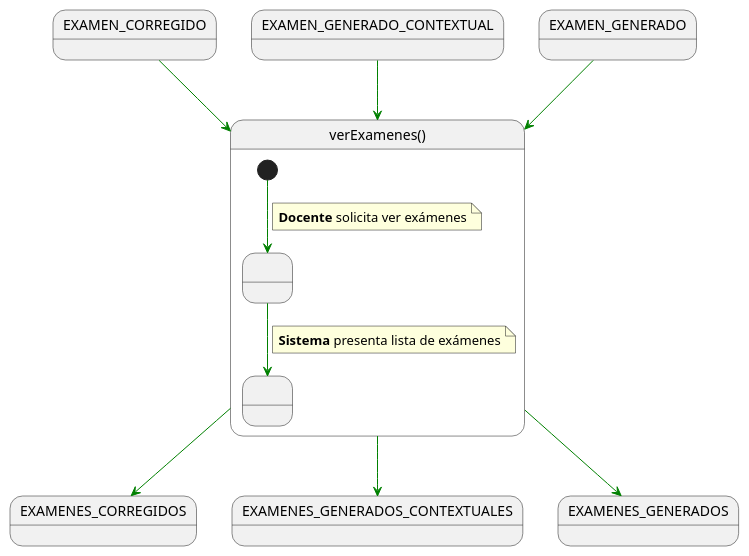
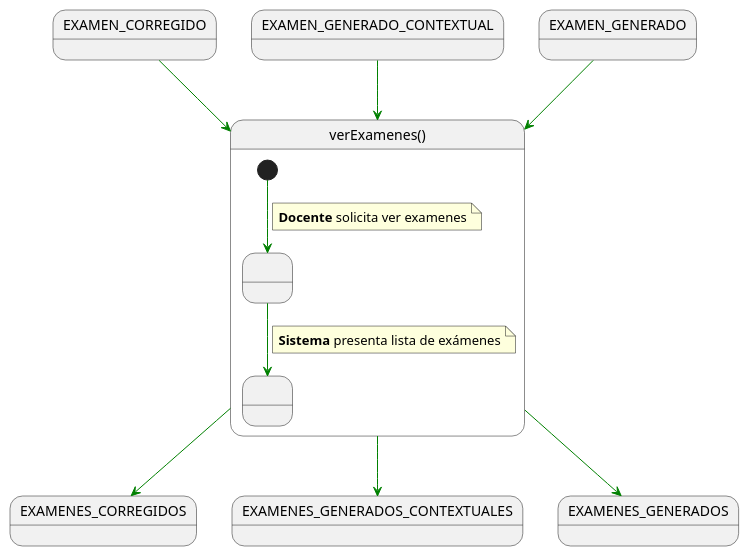
Before and after one commit to martinlopez7/25-26-IdSw1-SdR: the diagram in documents/casos-de-uso/detalladoCasosDeUso/verExamenes/verExamenes.puml, drawn with PlantUML. The commit also changed 14 other files, not shown here.

```diff
--- a/documents/casos-de-uso/detalladoCasosDeUso/verExamenes/verExamenes.puml
+++ b/documents/casos-de-uso/detalladoCasosDeUso/verExamenes/verExamenes.puml
@@ -1,34 +1,34 @@
 @startuml verExamenes
 
 skinparam linetype polyline
 
 state verExamenes as "verExamenes()" {
 
     state " " as MostrandoExamenes
     state " " as FiltrandoDocentes
 
     [*] -[#green]-> MostrandoExamenes
     note on link
-    <b>Docente</b> solicita ver exámenes
+    <b>Docente</b> solicita ver examenes
     end note    
     
     MostrandoExamenes -[#green]-> FiltrandoDocentes
     note on link
     <b>Sistema</b> presenta lista de exámenes
     end note
     
 }
 
 EXAMEN_CORREGIDO -[#green]-> verExamenes
 
 EXAMEN_GENERADO_CONTEXTUAL -[#green]-> verExamenes
 
 EXAMEN_GENERADO -[#green]-> verExamenes
 
 verExamenes -[#green]-> EXAMENES_CORREGIDOS
 
 verExamenes -[#green]-> EXAMENES_GENERADOS_CONTEXTUALES
 
 verExamenes -[#green]-> EXAMENES_GENERADOS
 
 @enduml
```
